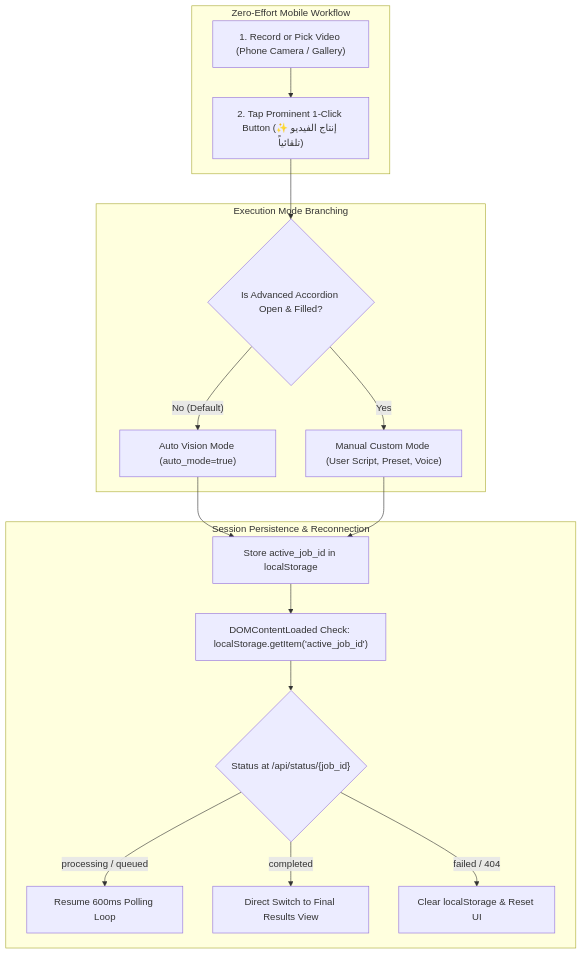
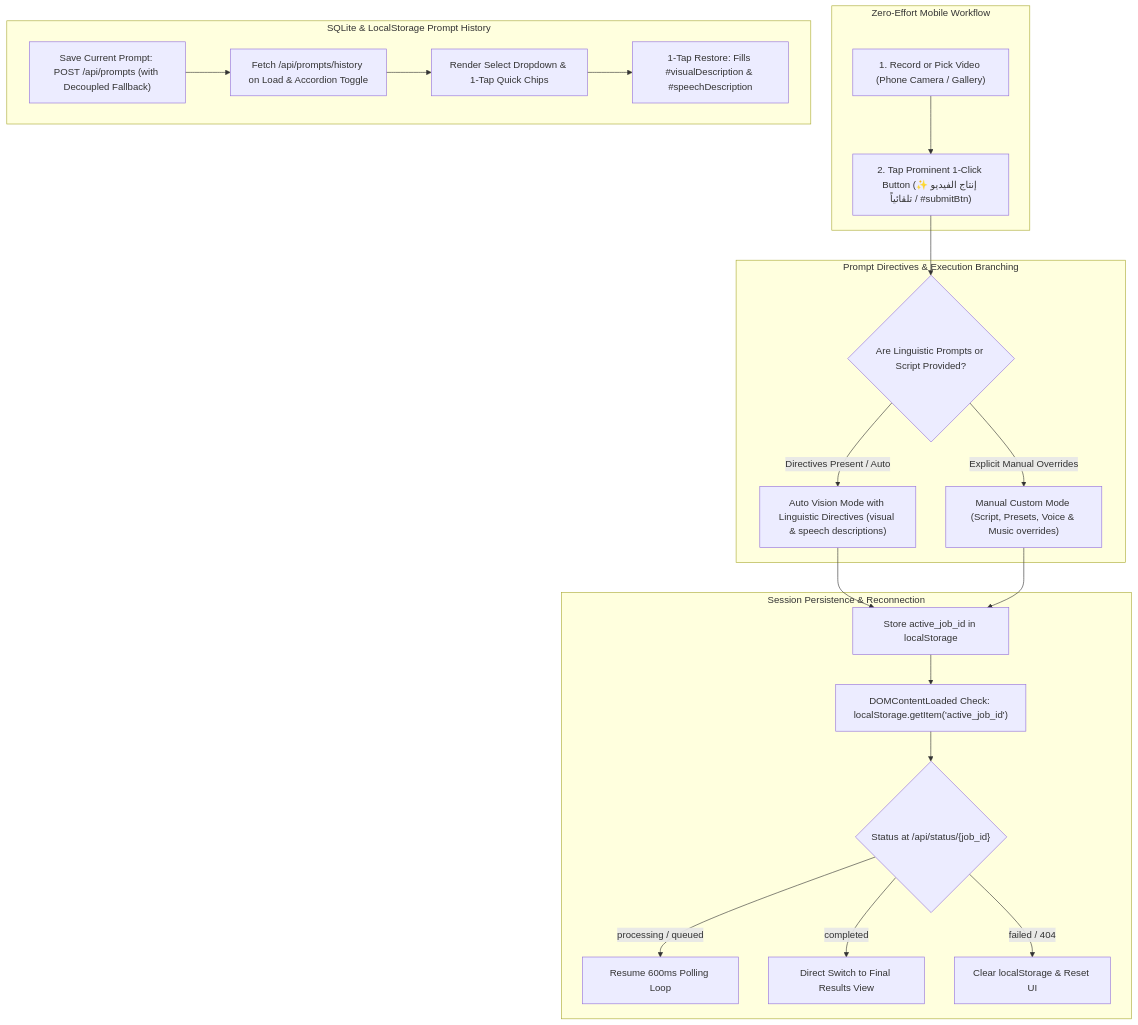
The diagram in web/static/README.md (MohammedBoure/lok), drawn with Mermaid before and after one commit. The commit also changed other lines of this file and 4 other files, not shown here.

Commit message:
feat(frontend): optimize principles modal theme for mobile and add linguistic prompt inputs with SQLite history restoration

````diff
--- a/web/static/README.md
+++ b/web/static/README.md
@@ -26,34 +29,43 @@
 ```mermaid
 flowchart TD
     subgraph User_Action["Zero-Effort Mobile Workflow"]
         A["1. Record or Pick Video (Phone Camera / Gallery)"]
-        B["2. Tap Prominent 1-Click Button (✨ إنتاج الفيديو تلقائياً)"]
+        B["2. Tap Prominent 1-Click Button (✨ إنتاج الفيديو تلقائياً / #submitBtn)"]
     end
 
-    subgraph Mode_Branch["Execution Mode Branching"]
-        C{"Is Advanced Accordion Open & Filled?"}
-        D["Auto Vision Mode (auto_mode=true)"]
-        E["Manual Custom Mode (User Script, Preset, Voice)"]
+    subgraph Prompt_Or_Mode["Prompt Directives & Execution Branching"]
+        C{"Are Linguistic Prompts or Script Provided?"}
+        D["Auto Vision Mode with Linguistic Directives (visual & speech descriptions)"]
+        E["Manual Custom Mode (Script, Presets, Voice & Music overrides)"]
+    end
+
+    subgraph Prompt_Storage["SQLite & LocalStorage Prompt History"]
+        P1["Fetch /api/prompts/history on Load & Accordion Toggle"]
+        P2["Render Select Dropdown & 1-Tap Quick Chips"]
+        P3["1-Tap Restore: Fills #visualDescription & #speechDescription"]
+        P4["Save Current Prompt: POST /api/prompts (with Decoupled Fallback)"]
     end
 
     subgraph Session_Persistence["Session Persistence & Reconnection"]
         F["Store active_job_id in localStorage"]
         G["DOMContentLoaded Check: localStorage.getItem('active_job_id')"]
         H{"Status at /api/status/{job_id}"}
         I["Resume 600ms Polling Loop"]
         J["Direct Switch to Final Results View"]
         K["Clear localStorage & Reset UI"]
     end
 
     A --> B
+    P1 --> P2 --> P3
+    P4 --> P1
     B --> C
-    C -- No (Default) --> D
-    C -- Yes --> E
+    C -- Directives Present / Auto --> D
+    C -- Explicit Manual Overrides --> E
     D --> F
     E --> F
     F --> G
     G --> H
     H -- processing / queued --> I
     H -- completed --> J
     H -- failed / 404 --> K
 ```
````
